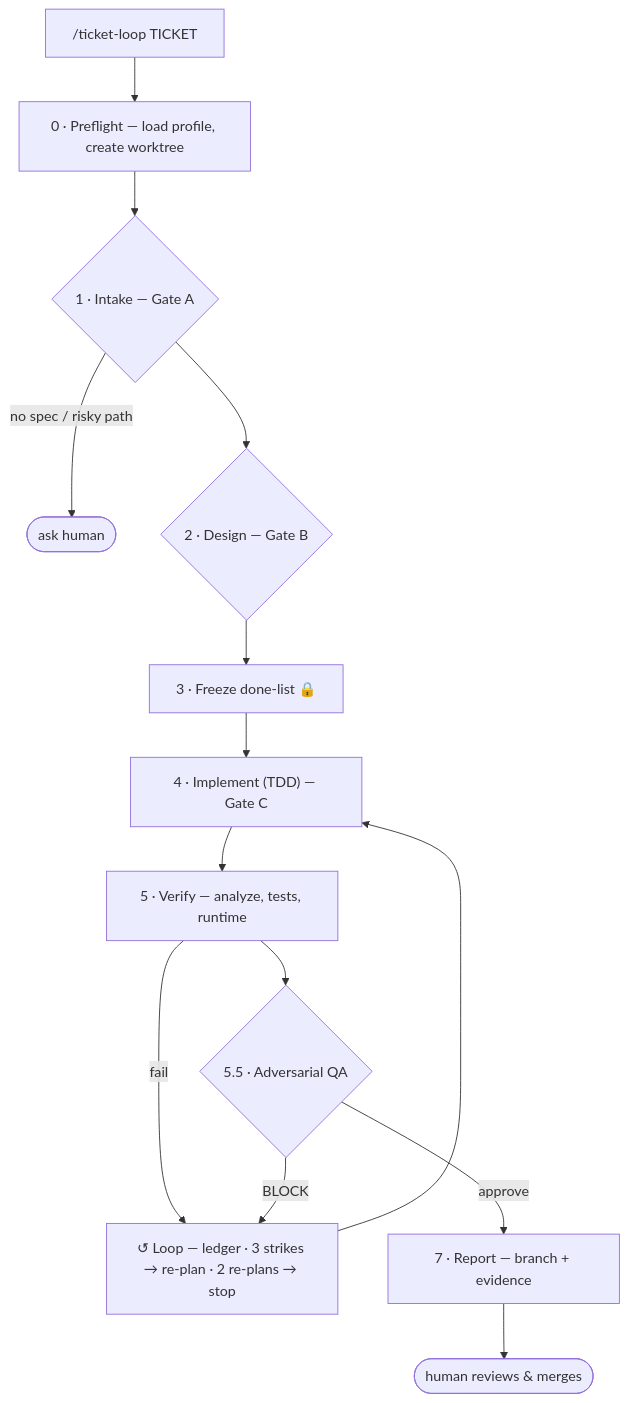
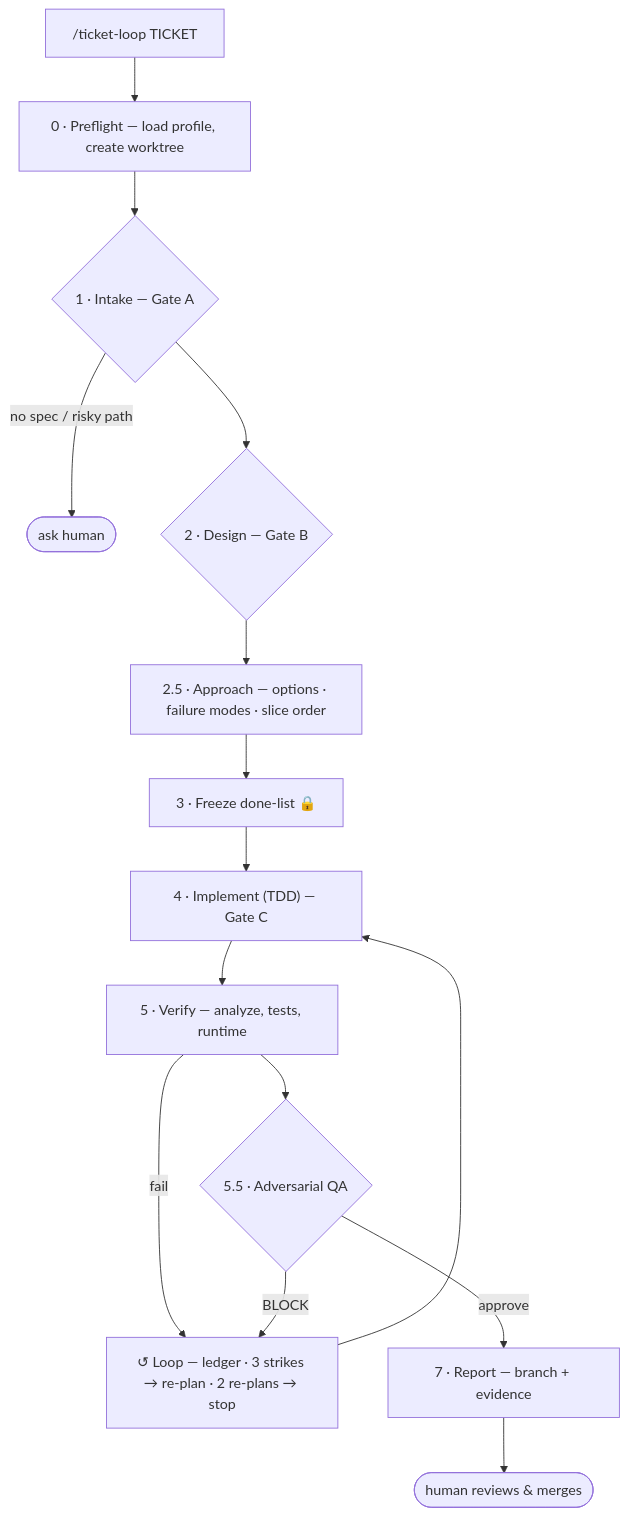
One commit to SyedMuhammadRehan/ticket-loop-harness changed the diagram in README.md. Above: the diagram before and after it, drawn with Mermaid. The commit also changed other lines of this file and 8 other files, not shown here.

````diff
--- a/README.md
+++ b/README.md
@@ -18,16 +18,17 @@
 ```mermaid
 flowchart TD
     A["/ticket-loop TICKET"] --> S0["0 · Preflight — load profile, create worktree"]
     S0 --> S1{"1 · Intake — Gate A"}
     S1 -->|no spec / risky path| H(["ask human"])
     S1 --> S2{"2 · Design — Gate B"}
-    S2 --> S3["3 · Freeze done-list 🔒"]
+    S2 --> S25["2.5 · Approach — options · failure modes · slice order"]
+    S25 --> S3["3 · Freeze done-list 🔒"]
     S3 --> S4["4 · Implement (TDD) — Gate C"]
     S4 --> S5["5 · Verify — analyze, tests, runtime"]
     S5 -->|fail| LOOP["↺ Loop — ledger · 3 strikes → re-plan · 2 re-plans → stop"]
     S5 --> QA{"5.5 · Adversarial QA"}
     QA -->|BLOCK| LOOP
     QA -->|approve| R["7 · Report — branch + evidence"]
     LOOP --> S4
     R --> M(["human reviews & merges"])
 ```
````
